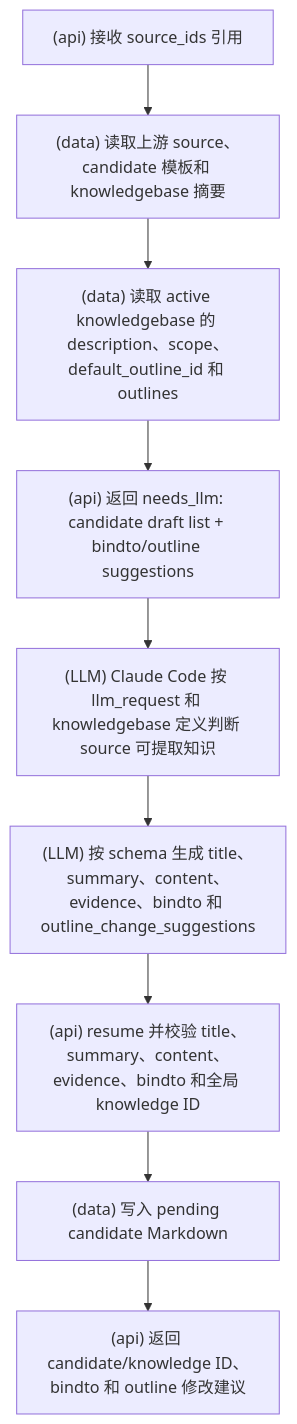
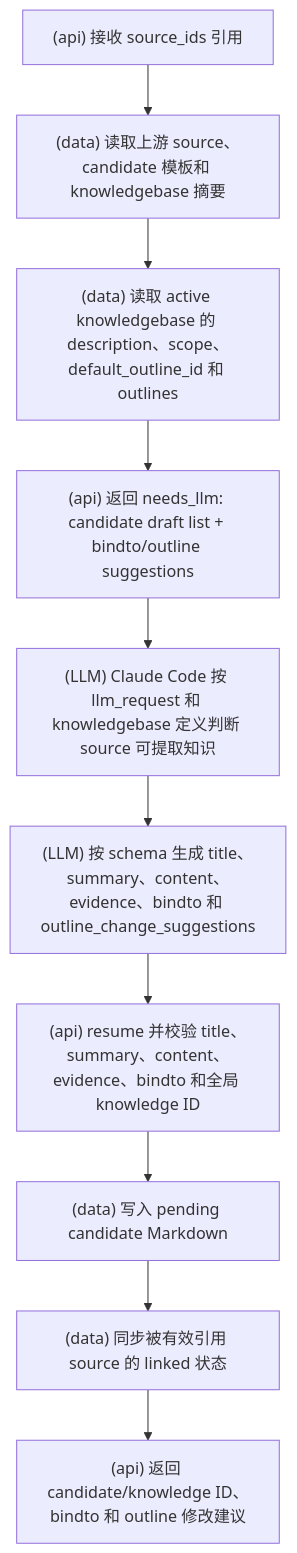
One commit to srangerme/KBManager changed the fourth of 21 diagrams in docs/流程图.md. Above: the diagram before and after it, drawn with Mermaid. The commit also changed other lines of this file and 19 other files, not shown here.

````diff
--- a/docs/流程图.md
+++ b/docs/流程图.md
@@ -83,11 +83,12 @@
 ```mermaid
 flowchart TD
   A["(api) 接收 source_ids 引用"] --> B["(data) 读取上游 source、candidate 模板和 knowledgebase 摘要"]
   B --> C["(data) 读取 active knowledgebase 的 description、scope、default_outline_id 和 outlines"]
   C --> D["(api) 返回 needs_llm: candidate draft list + bindto/outline suggestions"]
   D --> E["(LLM) Claude Code 按 llm_request 和 knowledgebase 定义判断 source 可提取知识"]
   E --> F["(LLM) 按 schema 生成 title、summary、content、evidence、bindto 和 outline_change_suggestions"]
   F --> G["(api) resume 并校验 title、summary、content、evidence、bindto 和全局 knowledge ID"]
   G --> H["(data) 写入 pending candidate Markdown"]
-  H --> I["(api) 返回 candidate/knowledge ID、bindto 和 outline 修改建议"]
+  H --> S["(data) 同步被有效引用 source 的 linked 状态"]
+  S --> I["(api) 返回 candidate/knowledge ID、bindto 和 outline 修改建议"]
 ```
````
